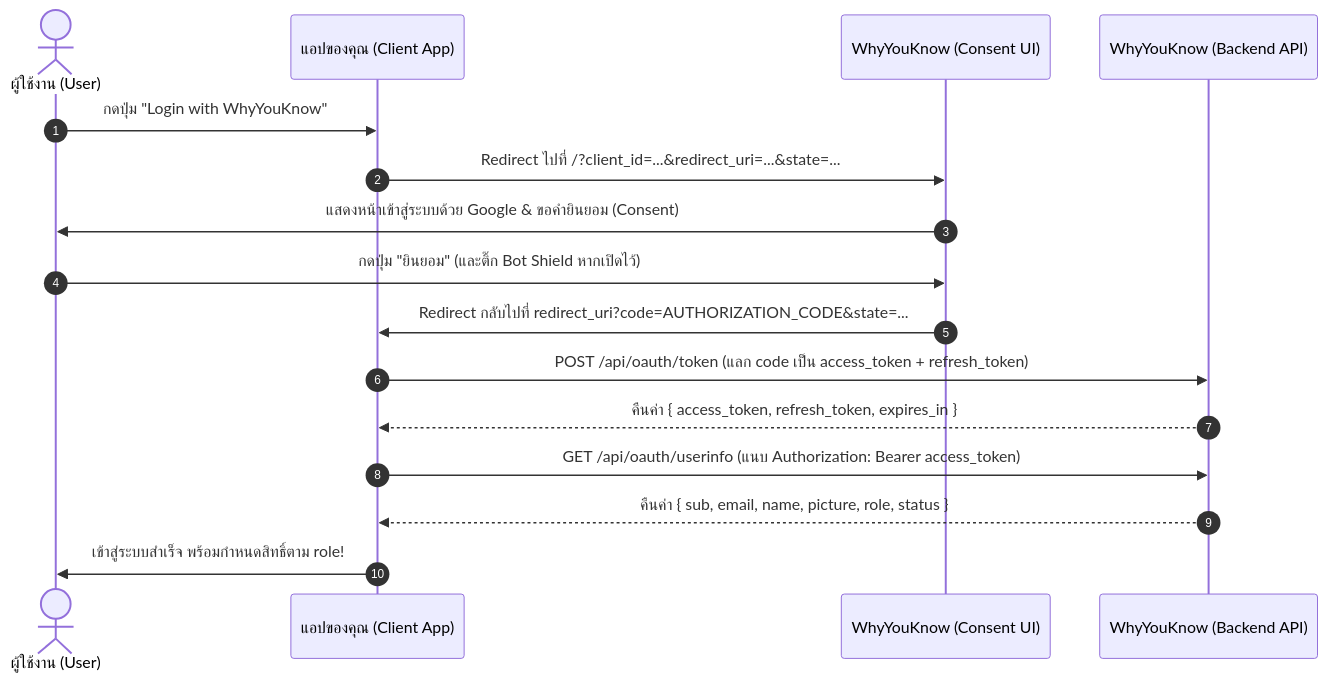
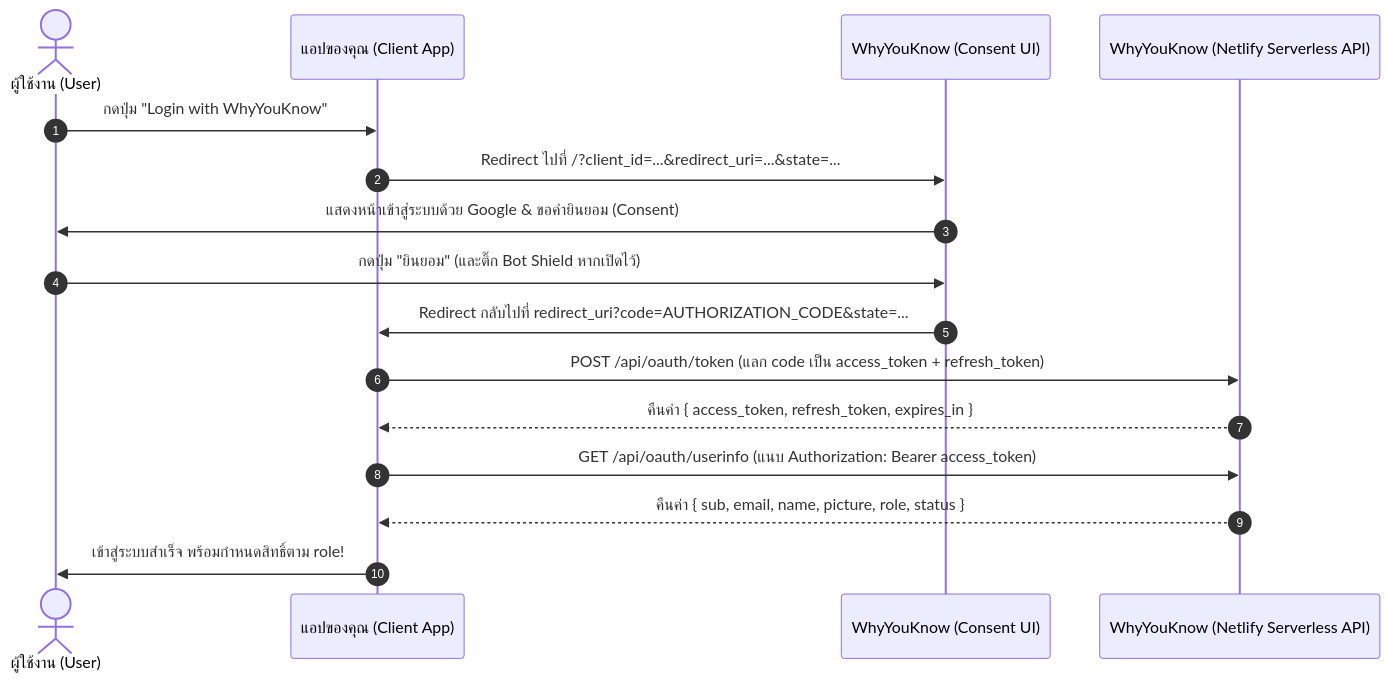
The diagram in HOW_TO_USE.md (wongsakornku/WhyYouKnow), drawn with Mermaid before and after one commit. The commit also changed other lines of this file, not shown here.

Commit message:
docs: update HOW_TO_USE.md for Netlify and remove Google Cloud references

````diff
--- a/HOW_TO_USE.md
+++ b/HOW_TO_USE.md
@@ -20,19 +20,19 @@
 ```mermaid
 sequenceDiagram
     autonumber
     actor User as ผู้ใช้งาน (User)
     participant App as แอปของคุณ (Client App)
     participant WYK_FE as WhyYouKnow (Consent UI)
-    participant WYK_API as WhyYouKnow (Backend API)
+    participant WYK_API as WhyYouKnow (Netlify Serverless API)
 
     User->>App: กดปุ่ม "Login with WhyYouKnow"
     App->>WYK_FE: Redirect ไปที่ /?client_id=...&redirect_uri=...&state=...
     WYK_FE->>User: แสดงหน้าเข้าสู่ระบบด้วย Google & ขอคำยินยอม (Consent)
     User->>WYK_FE: กดปุ่ม "ยินยอม" (และติ๊ก Bot Shield หากเปิดไว้)
     WYK_FE->>App: Redirect กลับไปที่ redirect_uri?code=AUTHORIZATION_CODE&state=...
     App->>WYK_API: POST /api/oauth/token (แลก code เป็น access_token + refresh_token)
     WYK_API-->>App: คืนค่า { access_token, refresh_token, expires_in }
     App->>WYK_API: GET /api/oauth/userinfo (แนบ Authorization: Bearer access_token)
     WYK_API-->>App: คืนค่า { sub, email, name, picture, role, status }
     App->>User: เข้าสู่ระบบสำเร็จ พร้อมกำหนดสิทธิ์ตาม role!
 ```
````
